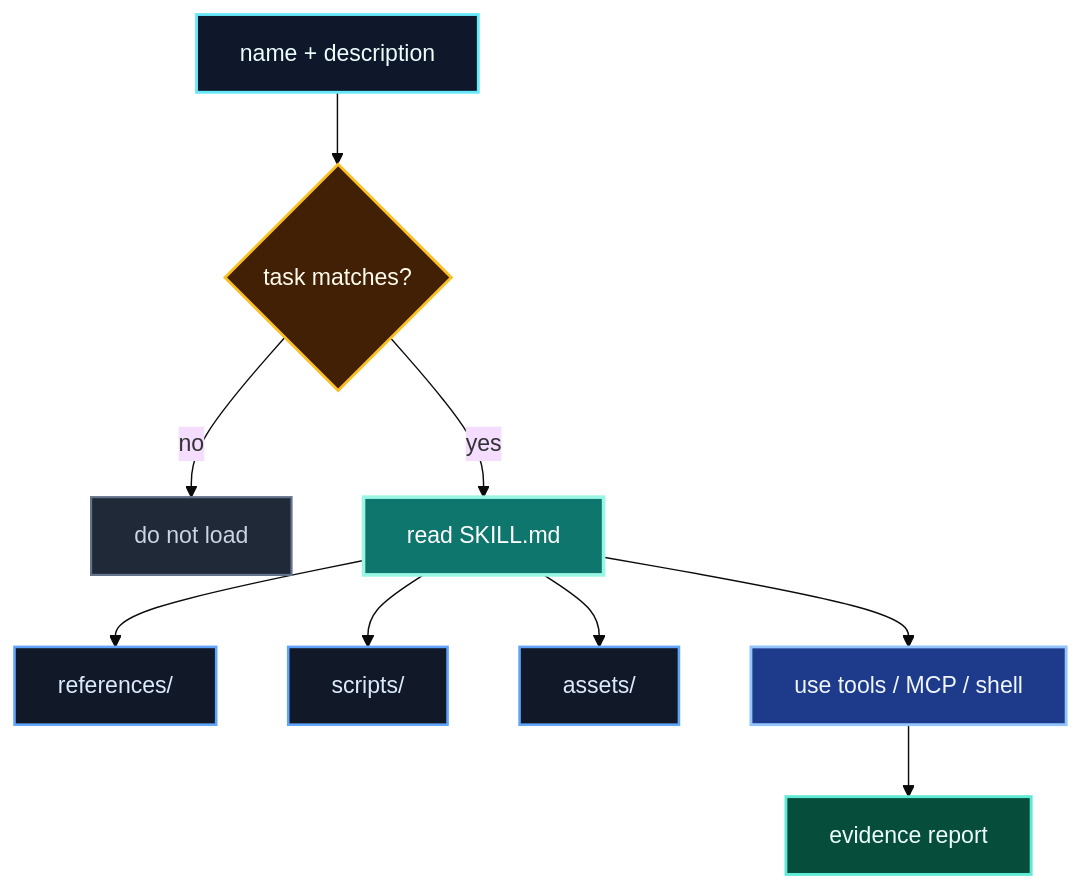
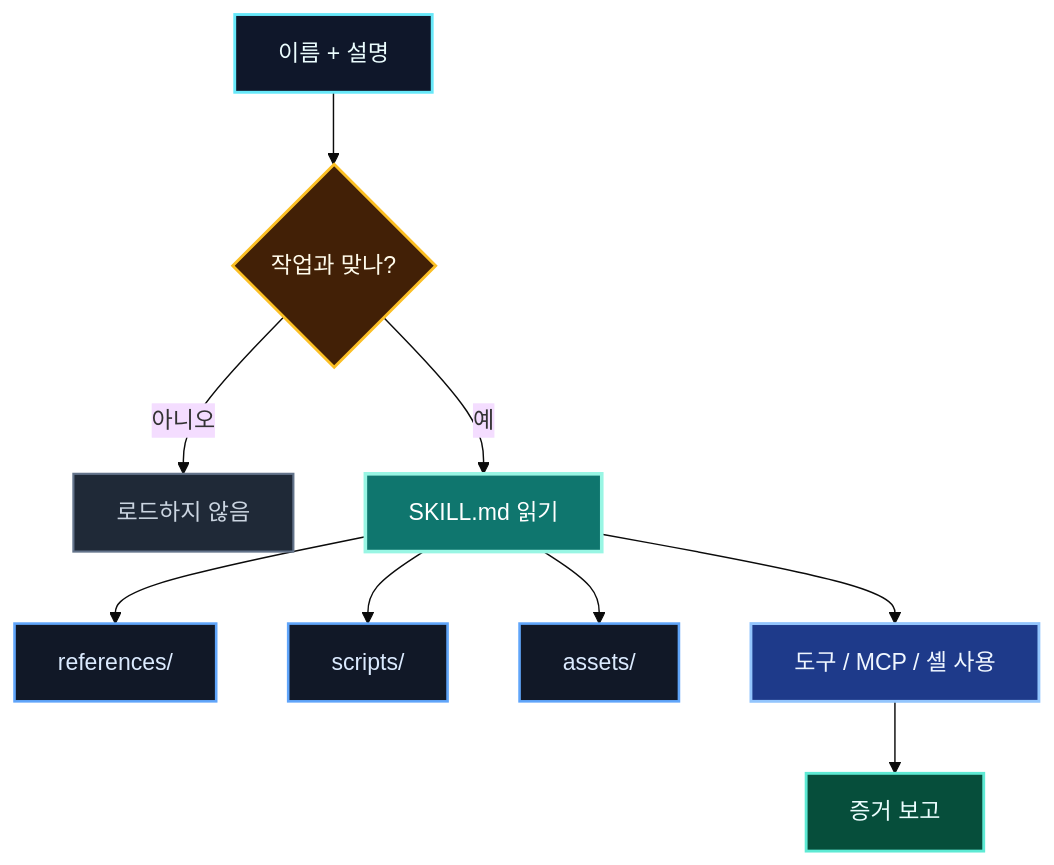
Before and after one commit to koalav/present-anyything: diagram 12 of 14 in docs/ai-agent-effective-use/mermaid-diagrams.md, drawn with Mermaid (base theme). The commit also changed other lines of this file and 19 other files, not shown here.

````diff
--- a/docs/ai-agent-effective-use/mermaid-diagrams.md
+++ b/docs/ai-agent-effective-use/mermaid-diagrams.md
@@ -275,18 +234,18 @@
 ```mermaid
 flowchart TB
-  Catalog["name + description"]:::catalog --> Match{"task matches?"}:::decision
-  Match -->|no| Skip["do not load"]:::muted
-  Match -->|yes| Skill["read SKILL.md"]:::skill
+  Catalog["이름 + 설명"]:::catalog --> Match{"작업과 맞나?"}:::decision
+  Match -->|아니오| Skip["로드하지 않음"]:::muted
+  Match -->|예| Skill["SKILL.md 읽기"]:::skill
   Skill --> Refs["references/"]:::file
   Skill --> Scripts["scripts/"]:::file
   Skill --> Assets["assets/"]:::file
-  Skill --> Tools["use tools / MCP / shell"]:::tool
-  Tools --> Evidence["evidence report"]:::success
+  Skill --> Tools["도구 / MCP / 셸 사용"]:::tool
+  Tools --> Evidence["증거 보고"]:::success
   classDef catalog fill:#0f172a,stroke:#67e8f9,color:#ecfeff,stroke-width:2px;
   classDef decision fill:#422006,stroke:#fbbf24,color:#fffbeb,stroke-width:2px;
   classDef muted fill:#1f2937,stroke:#64748b,color:#cbd5e1,stroke-width:1.5px;
   classDef skill fill:#0f766e,stroke:#99f6e4,color:#ffffff,stroke-width:2.5px;
   classDef file fill:#111827,stroke:#60a5fa,color:#dbeafe,stroke-width:1.8px;
   classDef tool fill:#1e3a8a,stroke:#93c5fd,color:#eff6ff,stroke-width:2px;
   classDef success fill:#064e3b,stroke:#5eead4,color:#ecfeff,stroke-width:2px;
 ```
````
